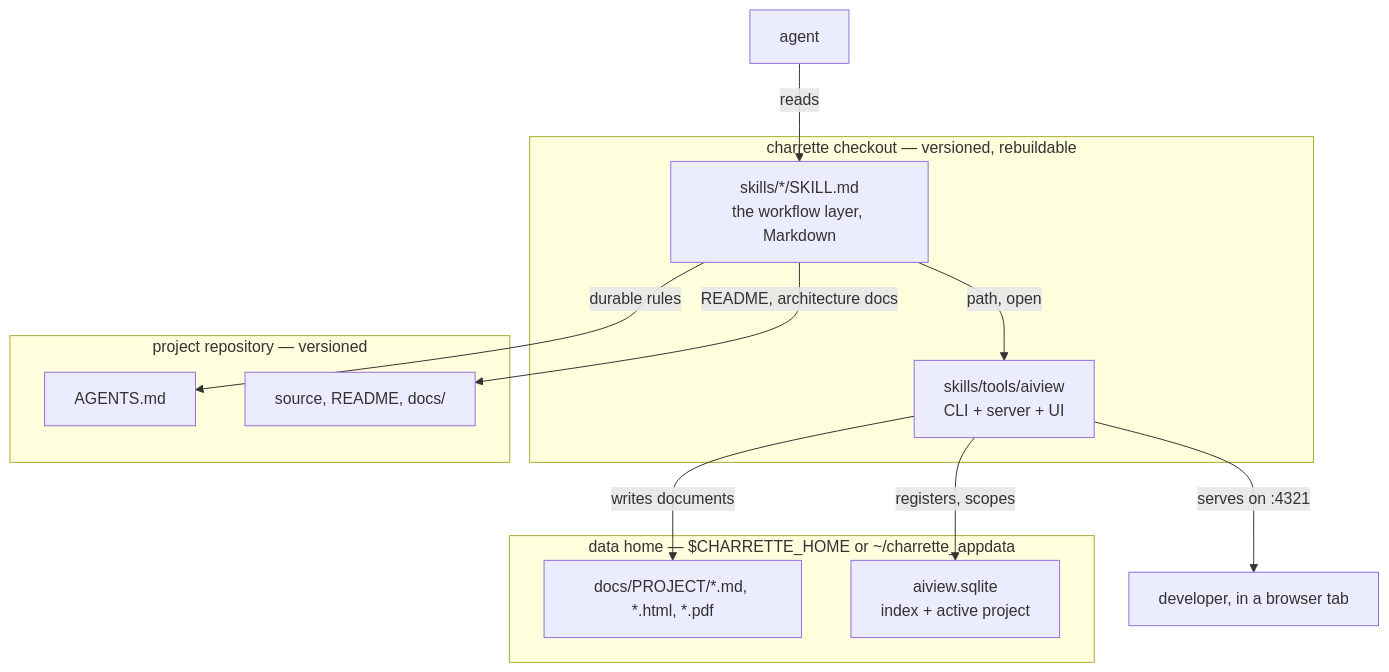
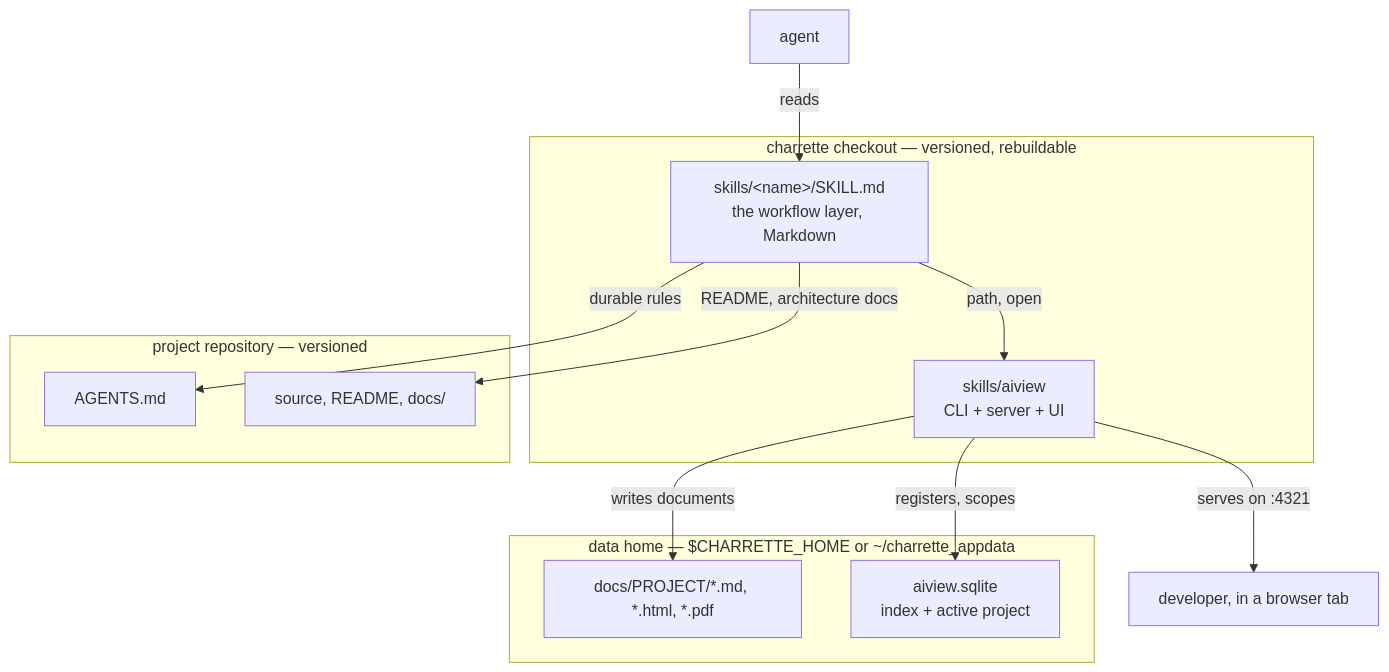
Before and after one commit to Ovich/charrette: the second of 2 diagrams in README.md, drawn with Mermaid. The commit also changed other lines of this file and 73 other files, not shown here.

````diff
--- a/README.md
+++ b/README.md
@@ -55,26 +53,26 @@
 ```mermaid
 flowchart TB
   AG["agent"] -- "reads" --> SK
 
   subgraph CO["charrette checkout — versioned, rebuildable"]
-    SK["skills/*/SKILL.md<br/>the workflow layer, Markdown"]
-    AV["skills/tools/aiview<br/>CLI + server + UI"]
+    SK["skills/&lt;name&gt;/SKILL.md<br/>the workflow layer, Markdown"]
+    AV["skills/aiview<br/>CLI + server + UI"]
   end
 
   subgraph DH["data home — $CHARRETTE_HOME or ~/charrette_appdata"]
     DOC["docs/PROJECT/*.md, *.html, *.pdf"]
     IDX["aiview.sqlite<br/>index + active project"]
   end
 
   subgraph PR["project repository — versioned"]
     AGM["AGENTS.md"]
     SRC["source, README, docs/"]
   end
 
   SK -- "path, open" --> AV
   AV -- "writes documents" --> DOC
   AV -- "registers, scopes" --> IDX
   AV -- "serves on :4321" --> DEV["developer, in a browser tab"]
   SK -- "durable rules" --> AGM
   SK -- "README, architecture docs" --> SRC
 ```
````
